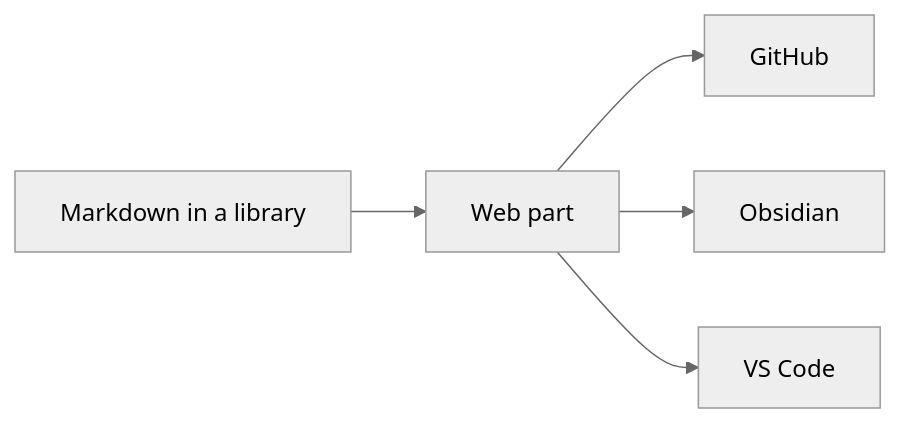
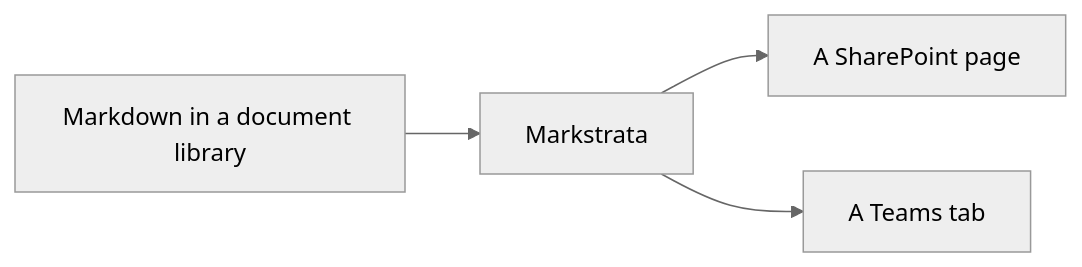
Before and after one commit to CodyRWhite/Markstrata: the diagram in docs/site/home.md, drawn with Mermaid (neutral theme). The commit also changed other lines of this file and 8 other files, not shown here.

````diff
--- a/docs/site/home.md
+++ b/docs/site/home.md
@@ -60,7 +110,6 @@
 ```mermaid
 flowchart LR
-  A[Markdown in a library] --> B[Web part]
-  B --> C[GitHub]
-  B --> D[Obsidian]
-  B --> E[VS Code]
+  A[Markdown in a document library] --> B[Markstrata]
+  B --> C[A SharePoint page]
+  B --> D[A Teams tab]
 ```
````
